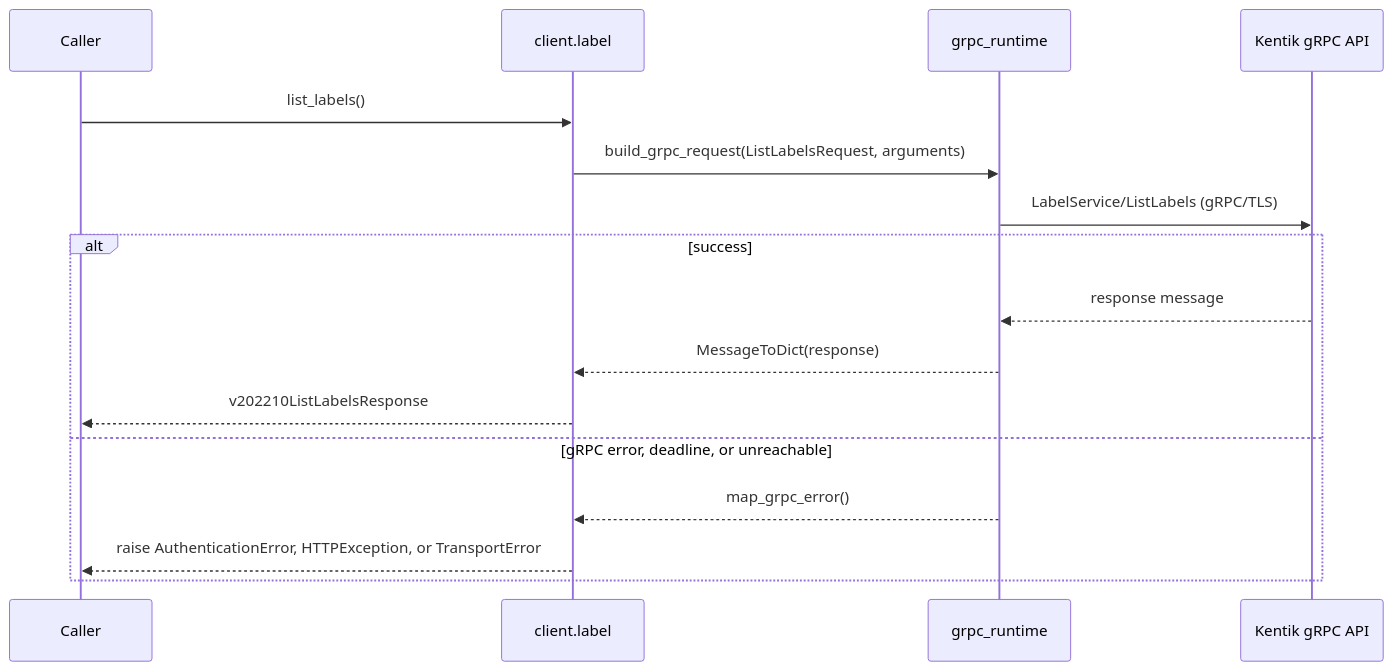
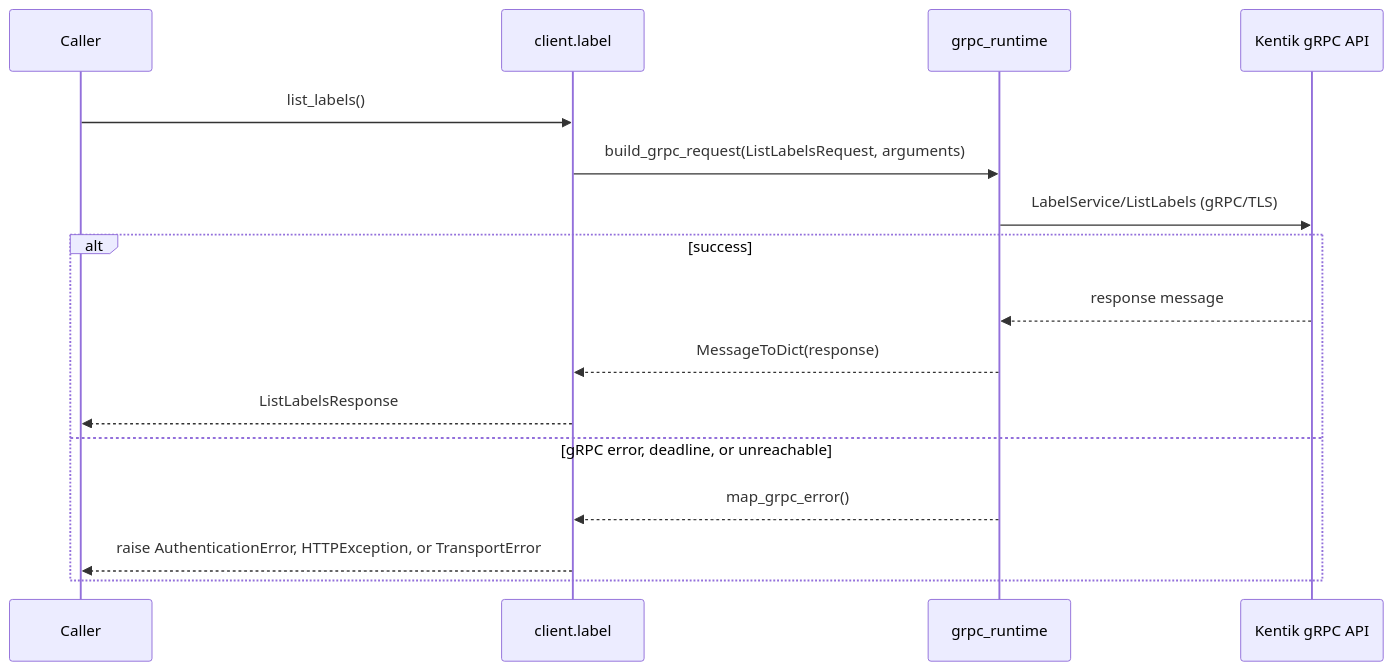
The third of 10 diagrams in docs/sphinx/services/label.md (alexdearaujo/community_sdk_python), drawn with Mermaid before and after one commit. The commit also changed other lines of this file and 38 other files, not shown here.

````diff
--- a/docs/sphinx/services/label.md
+++ b/docs/sphinx/services/label.md
@@ -59,19 +59,19 @@
 ```mermaid
 sequenceDiagram
     participant C as Caller
     participant W as client.label
     participant R as grpc_runtime
     participant API as Kentik gRPC API
 
     C->>W: list_labels()
     W->>R: build_grpc_request(ListLabelsRequest, arguments)
     R->>API: LabelService/ListLabels (gRPC/TLS)
     alt success
         API-->>R: response message
         R-->>W: MessageToDict(response)
-        W-->>C: v202210ListLabelsResponse
+        W-->>C: ListLabelsResponse
     else gRPC error, deadline, or unreachable
         R-->>W: map_grpc_error()
         W-->>C: raise AuthenticationError, HTTPException, or TransportError
     end
 ```
````
